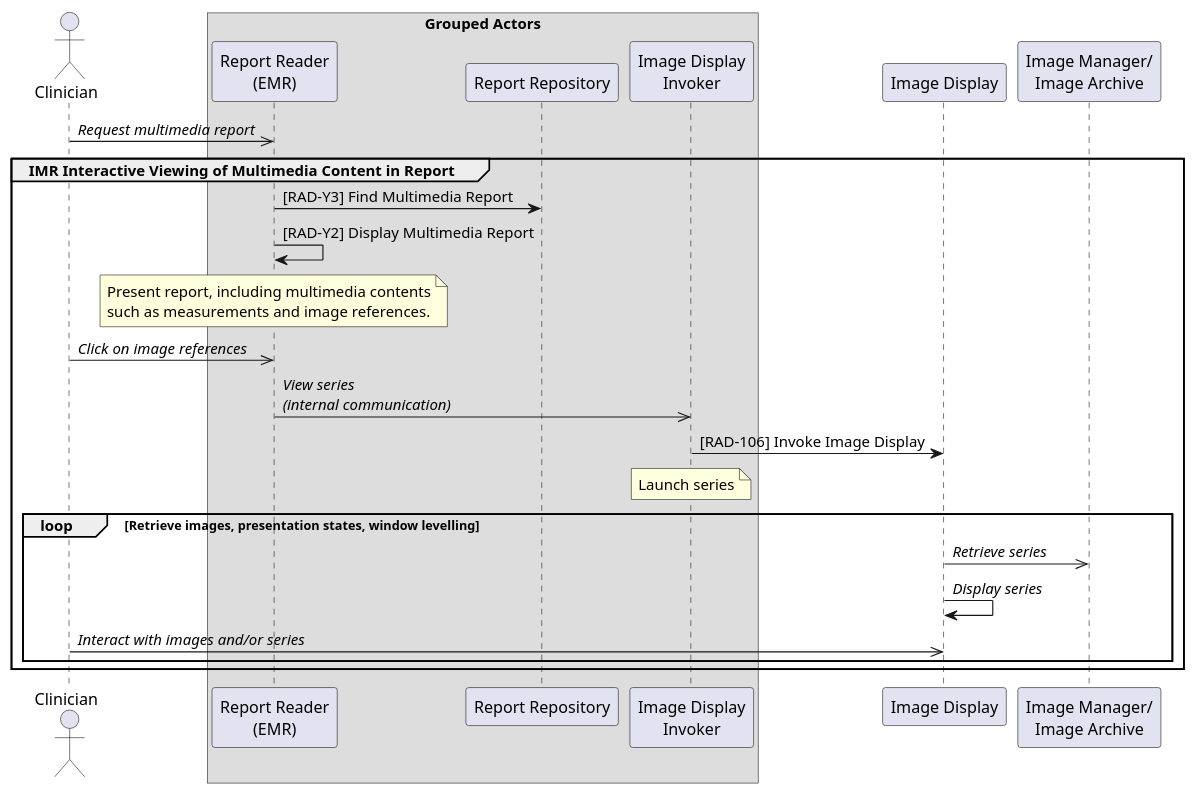
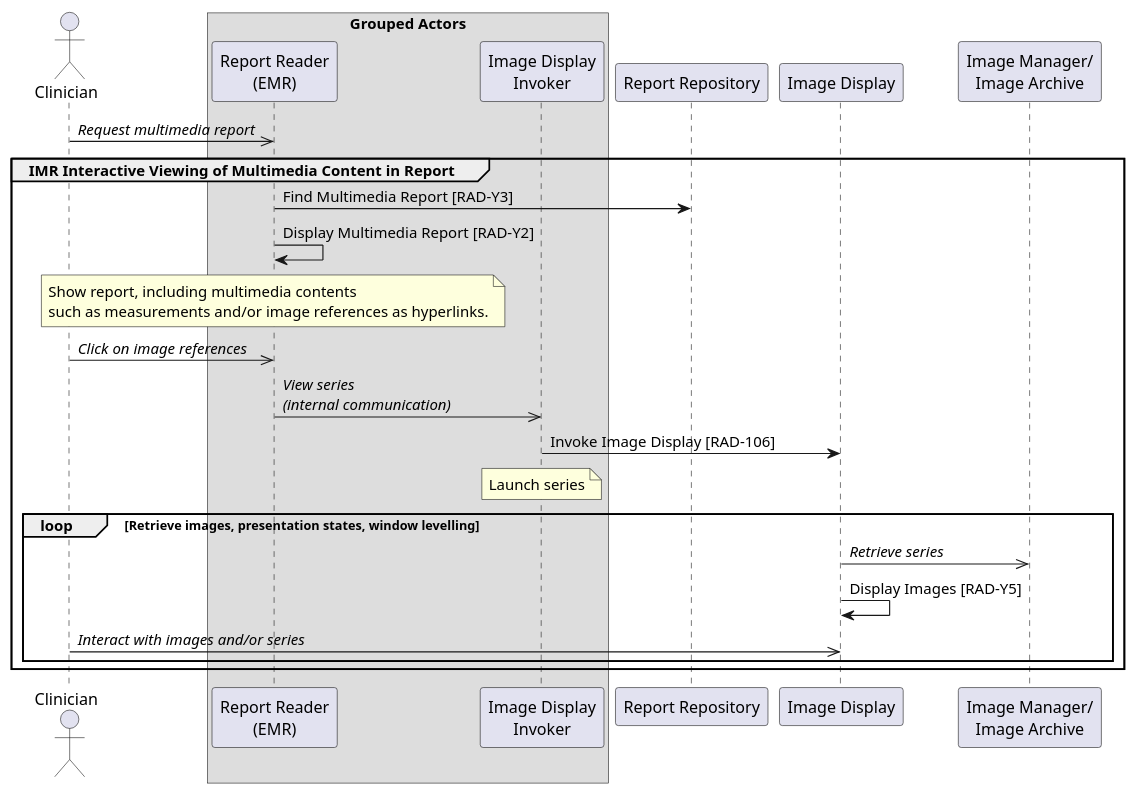
The diagram in input/images-source/uc3-presenting-interactive-report-EMR.plantuml (IHE/RAD.IMR), drawn with PlantUML before and after one commit. The commit also changed 5 other files, not shown here.

Commit message:
Updated all use case diagrams.

```diff
--- a/input/images-source/uc3-presenting-interactive-report-EMR.plantuml
+++ b/input/images-source/uc3-presenting-interactive-report-EMR.plantuml
@@ -1,39 +1,40 @@
 @startuml
 
 actor Clinician as Clinician
 
 box Grouped Actors
 participant "Report Reader\n(EMR)" as EMR
-participant "Report Repository" as Repo
 participant "Image Display\nInvoker" as Invoker
 end box
+
+participant "Report Repository" as Repo
 
 participant "Image Display" as Display
 participant "Image Manager/\nImage Archive" as Archive
 
 Clinician->>EMR: //Request multimedia report//
 group IMR Interactive Viewing of Multimedia Content in Report
-EMR->Repo: [RAD-Y3] Find Multimedia Report
-EMR->EMR: [RAD-Y2] Display Multimedia Report
+EMR->Repo: Find Multimedia Report [RAD-Y3]
+EMR->EMR: Display Multimedia Report [RAD-Y2]
 note over EMR
-Present report, including multimedia contents
-such as measurements and image references.
+Show report, including multimedia contents
+such as measurements and/or image references as hyperlinks.
 end note
 
 Clinician->>EMR: //Click on image references//
 EMR->>Invoker: //View series//\n//(internal communication)//
-Invoker->Display: [RAD-106] Invoke Image Display
+Invoker->Display: Invoke Image Display [RAD-106]
 note over Invoker
 Launch series
 end note
 
 loop Retrieve images, presentation states, window levelling
 Display->>Archive: //Retrieve series//
-Display->Display: //Display series//
+Display->Display: Display Images [RAD-Y5]
 
 Clinician->>Display: //Interact with images and/or series//
 end loop
 
 end
 
 @enduml
```
